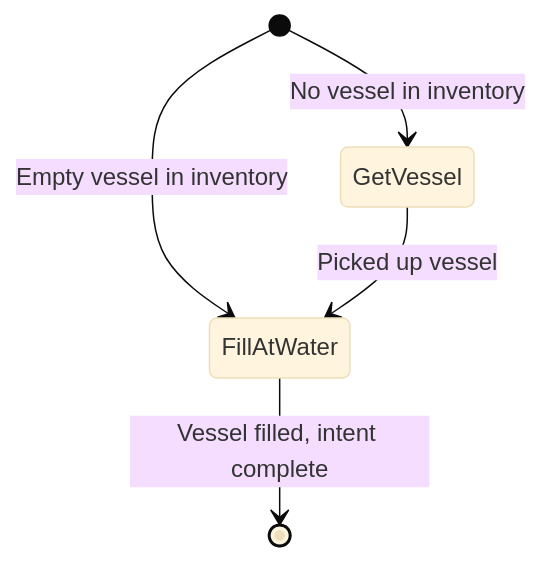
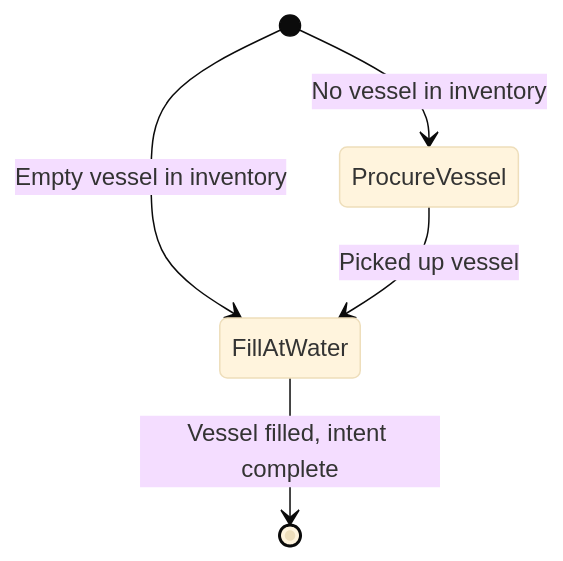
The ninth of 10 diagrams in docs/flow-diagrams.md (suzbot/petri), drawn with Mermaid (base theme) before and after one commit. The commit also changed other lines of this file and 10 other files, not shown here.

Commit message:
docs: update architecture docs for extraction and action priority model

````diff
--- a/docs/flow-diagrams.md
+++ b/docs/flow-diagrams.md
@@ -489,7 +487,7 @@
 ```mermaid
 stateDiagram-v2
-    [*] --> GetVessel: No vessel in inventory
+    [*] --> ProcureVessel: No vessel in inventory
     [*] --> FillAtWater: Empty vessel in inventory
-    GetVessel --> FillAtWater: Picked up vessel
+    ProcureVessel --> FillAtWater: Picked up vessel
     FillAtWater --> [*]: Vessel filled, intent complete
 ```
````
